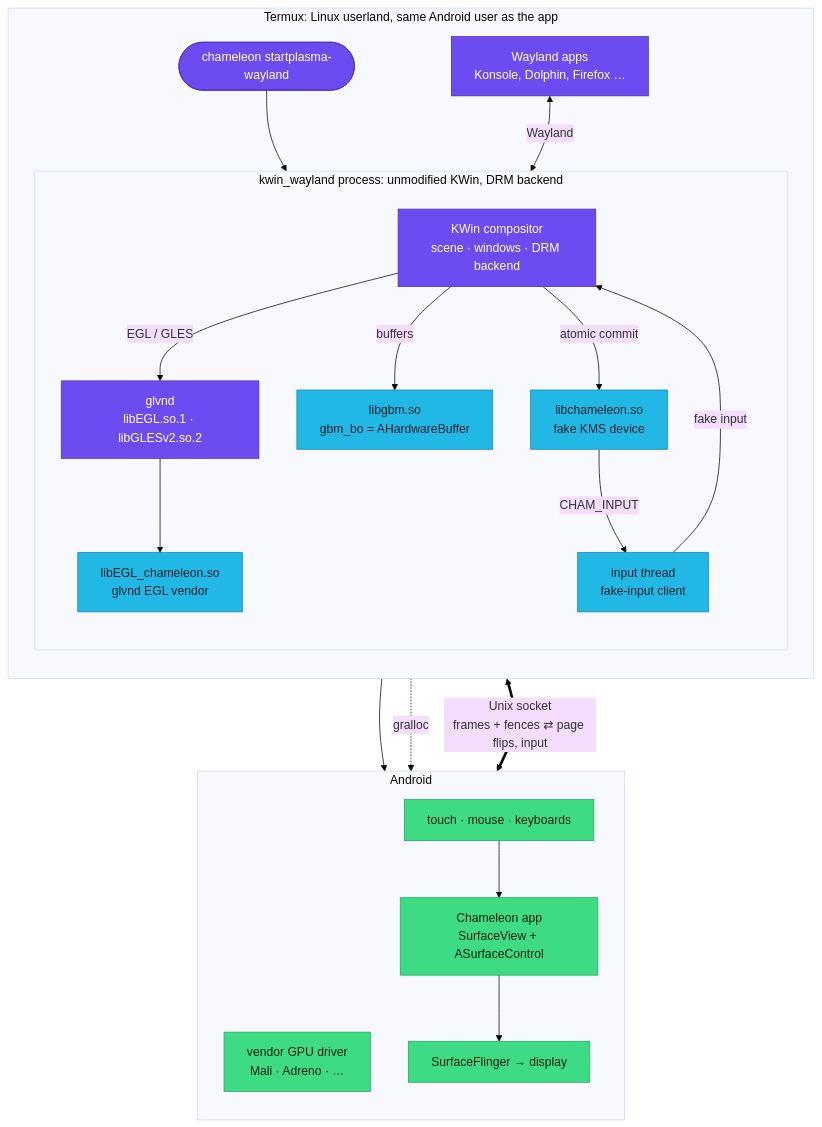
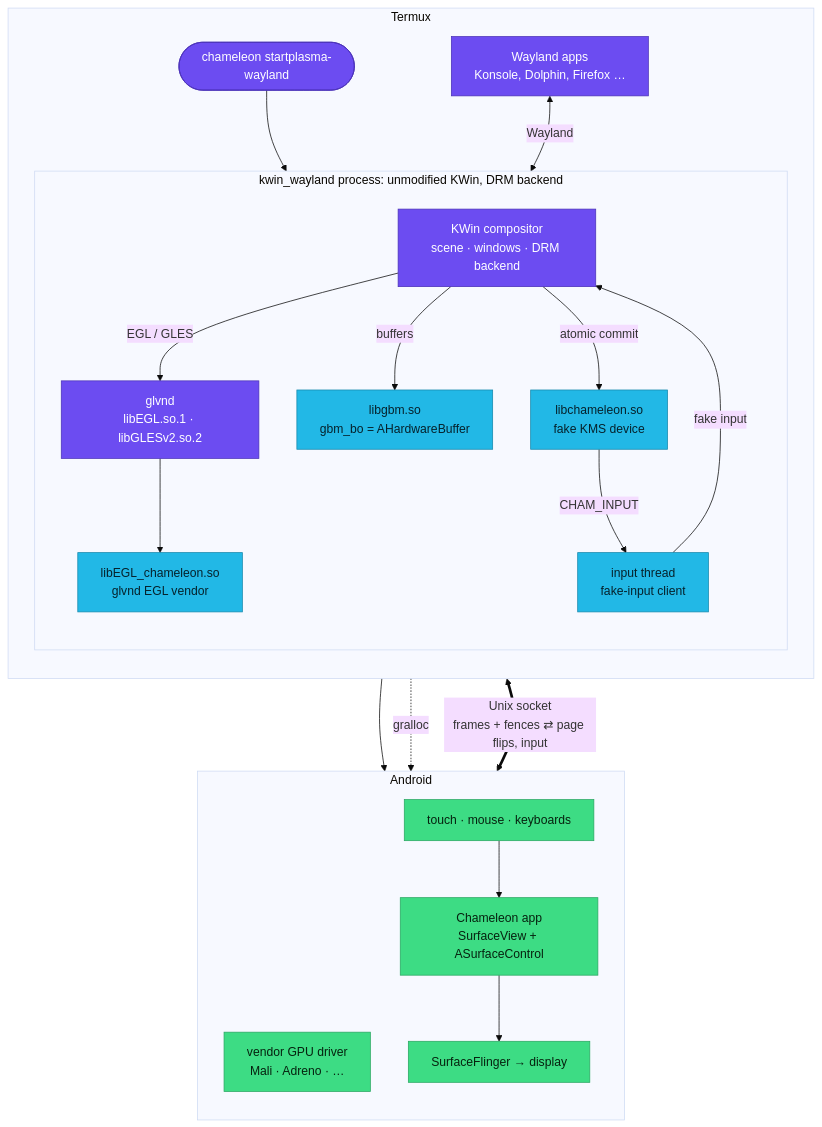
The first of 4 diagrams in README.md (HarryL0L/Project-Chameleon), drawn with Mermaid (base theme) before and after one commit. The commit also changed other lines of this file and 3 other files, not shown here.

````diff
--- a/README.md
+++ b/README.md
@@ -38,44 +42,44 @@
 ```mermaid
 flowchart TB
-    subgraph T["Termux: Linux userland, same Android user as the app"]
+    subgraph T["Termux"]
         direction TB
         CMD(["chameleon startplasma-wayland"])
         APPS["Wayland apps<br/>Konsole, Dolphin, Firefox …"]
         subgraph K["kwin_wayland process: unmodified KWin, DRM backend"]
             direction TB
             CORE["KWin compositor<br/>scene · windows · DRM backend"]
             GLVND["glvnd<br/>libEGL.so.1 · libGLESv2.so.2"]
             VEND["libEGL_chameleon.so<br/>glvnd EGL vendor"]
             GBM["libgbm.so<br/>gbm_bo = AHardwareBuffer"]
             KMS["libchameleon.so<br/>fake KMS device"]
             INP["input thread<br/>fake-input client"]
         end
     end
 
     subgraph A["Android"]
         direction TB
         DRV["vendor GPU driver<br/>Mali · Adreno · …"]
         APP["Chameleon app<br/>SurfaceView + ASurfaceControl"]
         SF["SurfaceFlinger → display"]
         TOUCH["touch · mouse · keyboards"]
     end
 
     CMD --> CORE
     APPS <-->|Wayland| CORE
     CORE -->|EGL / GLES| GLVND --> VEND --> DRV
     CORE -->|buffers| GBM
     GBM -.->|gralloc| DRV
     CORE -->|atomic commit| KMS
     KMS <==>|"Unix socket<br/>frames + fences ⇄ page flips, input"| APP
     APP --> SF
     TOUCH --> APP
     KMS -->|CHAM_INPUT| INP
     INP -->|fake input| CORE
 
     classDef kwin fill:#6C4CF1,stroke:#4b32b8,color:#fff
     classDef shim fill:#22B8E6,stroke:#1789ad,color:#06222c
     classDef android fill:#3DDC84,stroke:#2aa862,color:#06220f
     class KMS,GBM,VEND,INP shim
     class CORE,GLVND,APPS,CMD kwin
     class DRV,APP,SF,TOUCH android
 ```
````
